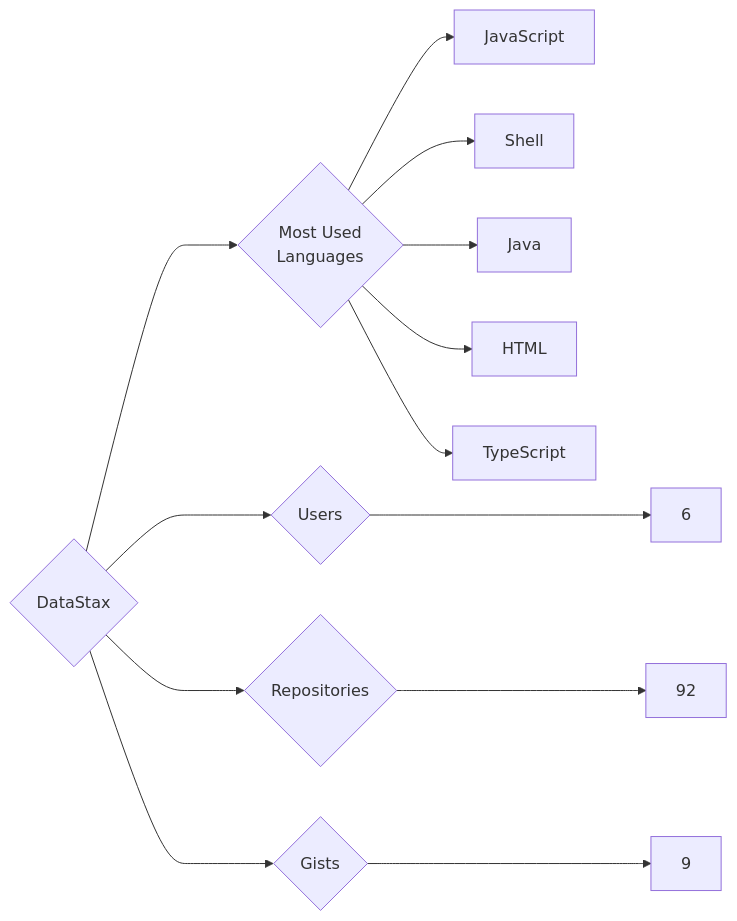
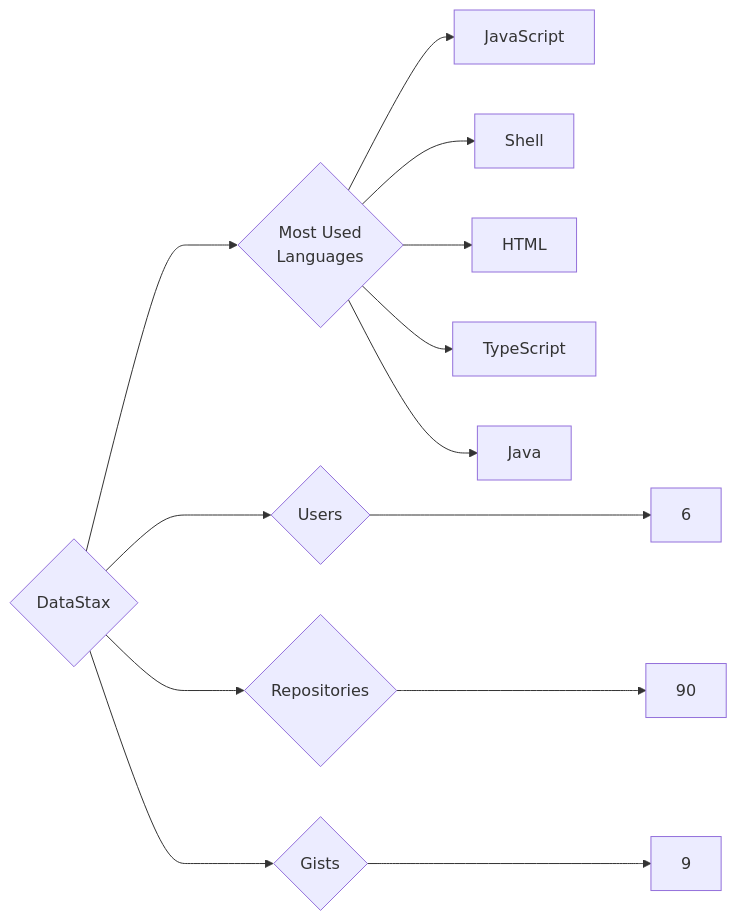
One commit to trickest/insiders changed the diagram in targets/DataStax/README.md. Above: the diagram before and after it, drawn with Mermaid. The commit also changed 988 other files, not shown here.

````diff
--- a/targets/DataStax/README.md
+++ b/targets/DataStax/README.md
@@ -3,13 +3,13 @@
 ```mermaid
 graph LR
 COMPANY_NAME{DataStax}
 COMPANY_NAME ---> U{Users} ---> UN[6]
-COMPANY_NAME ---> R{Repositories} ---> RN[92]
+COMPANY_NAME ---> R{Repositories} ---> RN[90]
 COMPANY_NAME ---> G{Gists} ---> GN[9]
 COMPANY_NAME ---> ML{Most Used<br>Languages}
 ML --> JavaScript[JavaScript]
 ML --> Shell[Shell]
-ML --> Java[Java]
 ML --> HTML[HTML]
 ML --> TypeScript[TypeScript]
+ML --> Java[Java]
 ```
````
